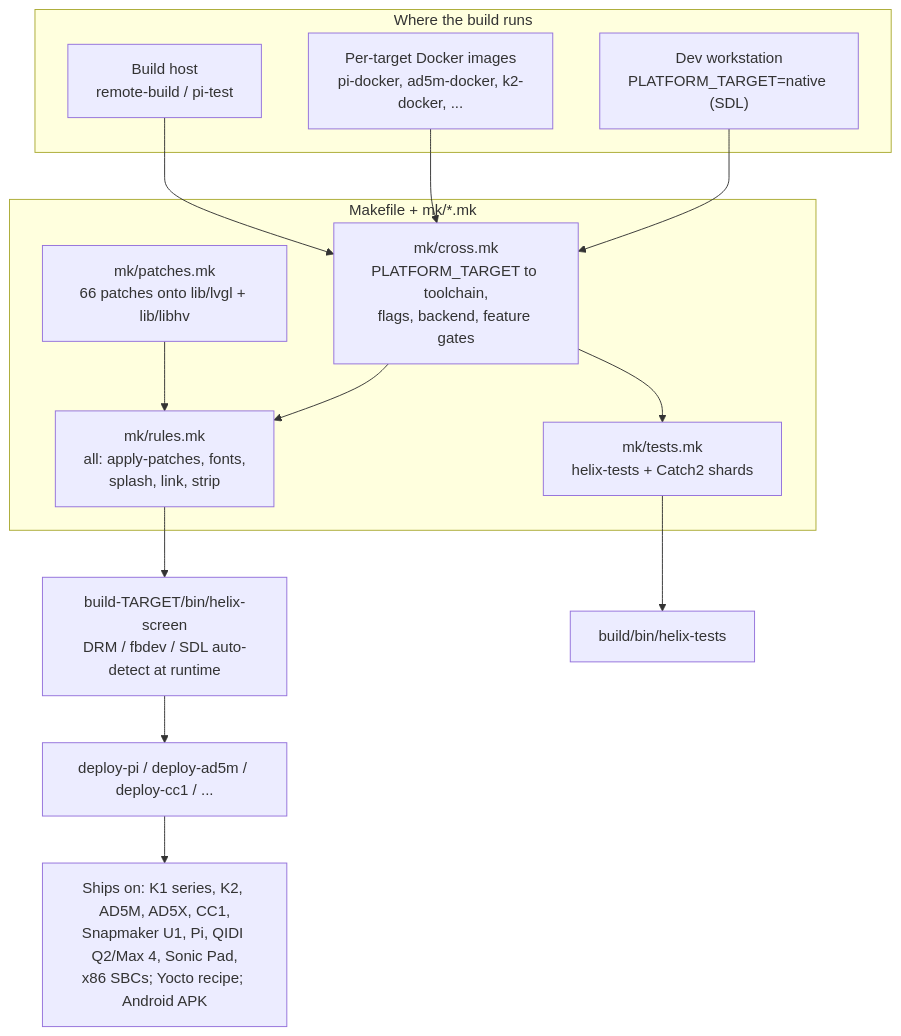
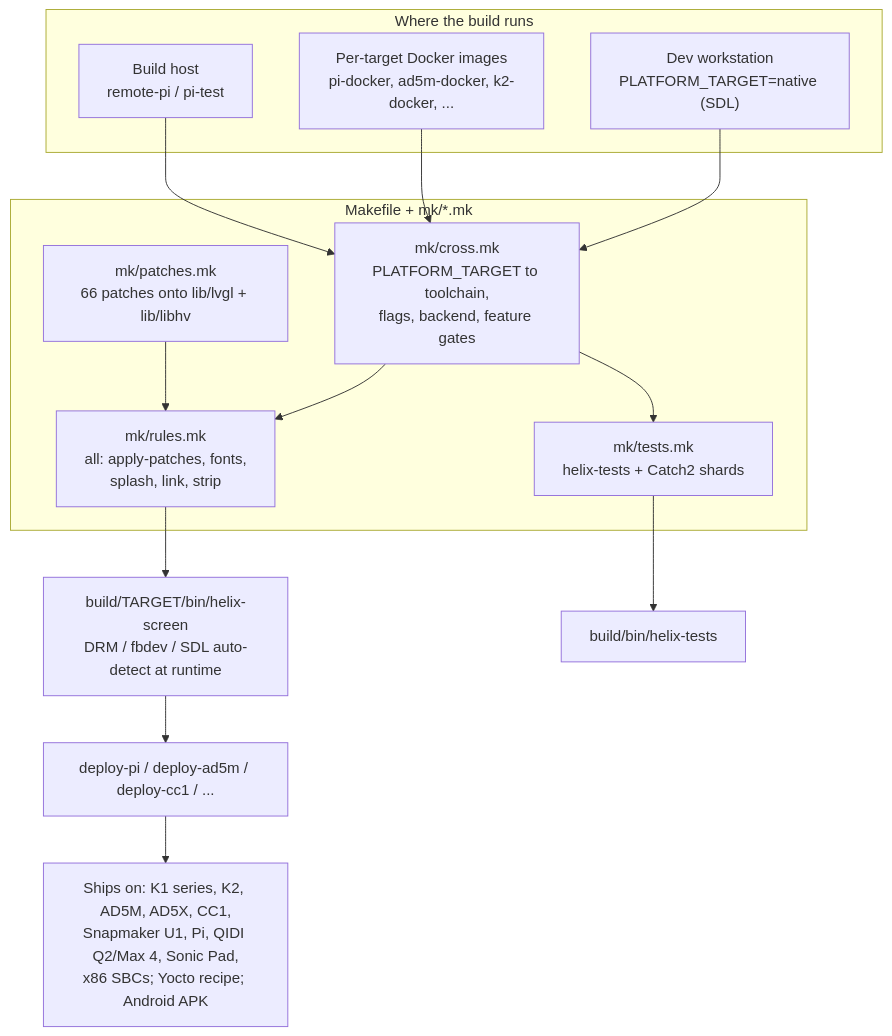
One commit to Klipper4FlashForge/helixscreen changed the diagram in docs/devel/architecture/14-build-platforms.md. Above: the diagram before and after it, drawn with Mermaid. The commit also changed other lines of this file, not shown here.

First line of the commit message:
docs(architecture): ch 14 — fix cross-build output dirs, drop fabricated remote-build target

````diff
--- a/docs/devel/architecture/14-build-platforms.md
+++ b/docs/devel/architecture/14-build-platforms.md
@@ -12,30 +12,30 @@
 ```mermaid
 flowchart TB
     subgraph hosts["Where the build runs"]
         DEV["Dev workstation<br/>PLATFORM_TARGET=native (SDL)"]
         DOCKER["Per-target Docker images<br/>pi-docker, ad5m-docker, k2-docker, ..."]
-        REMOTE["Build host<br/>remote-build / pi-test"]
+        REMOTE["Build host<br/>remote-pi / pi-test"]
     end
 
     subgraph mk["Makefile + mk/*.mk"]
         CROSS["mk/cross.mk<br/>PLATFORM_TARGET to toolchain,<br/>flags, backend, feature gates"]
         PATCHES["mk/patches.mk<br/>66 patches onto lib/lvgl + lib/libhv"]
         RULES["mk/rules.mk<br/>all: apply-patches, fonts,<br/>splash, link, strip"]
         TESTS["mk/tests.mk<br/>helix-tests + Catch2 shards"]
     end
 
-    BIN["build-TARGET/bin/helix-screen<br/>DRM / fbdev / SDL auto-detect at runtime"]
+    BIN["build/TARGET/bin/helix-screen<br/>DRM / fbdev / SDL auto-detect at runtime"]
     TESTBIN["build/bin/helix-tests"]
     DEPLOY["deploy-pi / deploy-ad5m / deploy-cc1 / ..."]
     DEVICES["Ships on: K1 series, K2, AD5M, AD5X, CC1,<br/>Snapmaker U1, Pi, QIDI Q2/Max 4, Sonic Pad,<br/>x86 SBCs; Yocto recipe; Android APK"]
 
     DEV --> CROSS
     DOCKER --> CROSS
     REMOTE --> CROSS
     CROSS --> RULES
     PATCHES --> RULES
     RULES --> BIN
     CROSS --> TESTS
     TESTS --> TESTBIN
     BIN --> DEPLOY --> DEVICES
 ```
````
